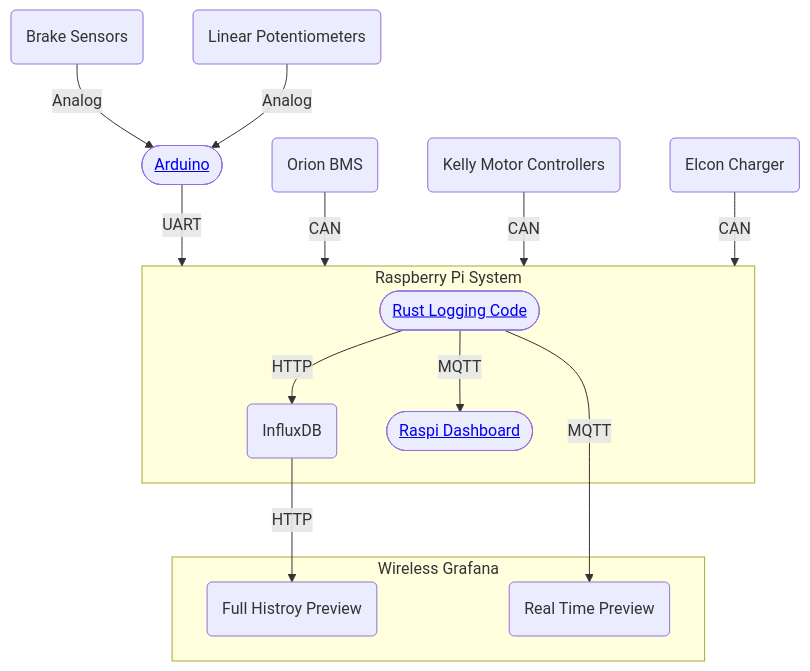
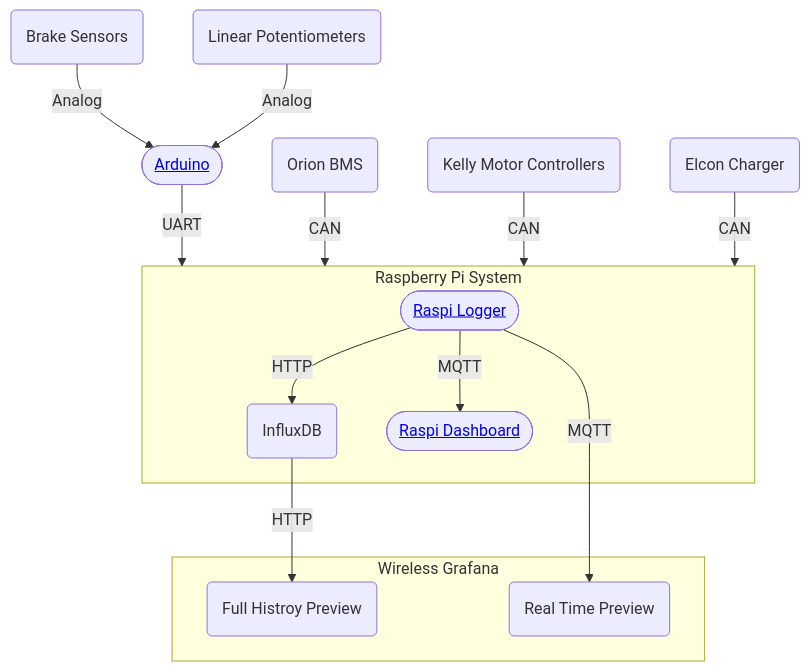
The diagram in README.md (Anteater-Electric-Racing/embedded), drawn with Mermaid before and after one commit. The commit also changed other lines of this file, not shown here.

````diff
--- a/README.md
+++ b/README.md
@@ -3,17 +3,17 @@
 ```mermaid
 flowchart TD
     B(Brake Sensors) -->|Analog| A(["<a href='https://github.com/AlistairKeiller/FSAE/tree/master/fsae-arduino' target='_blank'>Arduino</a>"])
     L(Linear Potentiometers) -->|Analog| A
     A -->|UART| Pi
     O(Orion BMS) -->|CAN| Pi
     K(Kelly Motor Controllers) -->|CAN| Pi
     IMS(Elcon Charger) -->|CAN| Pi
     subgraph Pi[Raspberry Pi System]
-        R(["<a href='https://github.com/AlistairKeiller/FSAE/tree/master/fsae-raspi' target='_blank'>Rust Logging Code</a>"]) -->|HTTP| I(InfluxDB)
+        R(["<a href='https://github.com/AlistairKeiller/FSAE/tree/master/fsae-raspi' target='_blank'>Raspi Logger</a>"]) -->|HTTP| I(InfluxDB)
         R -->|MQTT| D(["<a href='https://github.com/AlistairKeiller/FSAE/tree/master/fsae-dashboard' target='_blank'>Raspi Dashboard</a>"])
     end
     subgraph Graphana[Wireless Grafana]
         I -->|HTTP| F(Full Histroy Preview)
         R -->|MQTT| P(Real Time Preview)
     end
 ```
````
